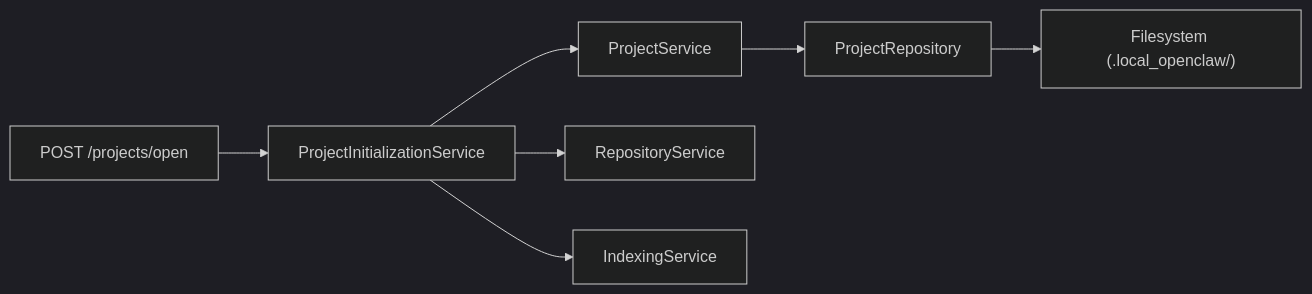
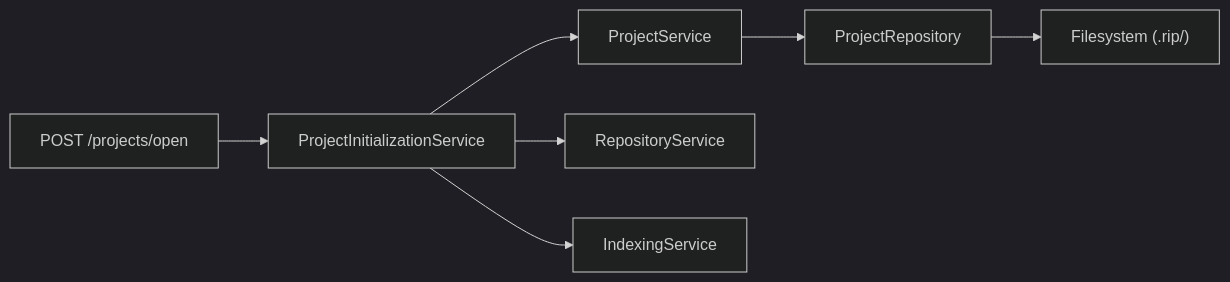
The first of 2 diagrams in docs/architecture/backend/project-management.md (Smit-whitespace/repository-intelligence-platform), drawn with Mermaid (dark theme) before and after one commit. The commit also changed other lines of this file and 24 other files, not shown here.

````diff
--- a/docs/architecture/backend/project-management.md
+++ b/docs/architecture/backend/project-management.md
@@ -44,9 +44,9 @@
 ```mermaid
 graph LR
     API["POST /projects/open"] --> PIS["ProjectInitializationService"]
     PIS --> PS["ProjectService"]
     PIS --> RS["RepositoryService"]
     PIS --> IS["IndexingService"]
     PS --> PR["ProjectRepository"]
-    PR --> FS["Filesystem (.local_openclaw/)"]
+    PR --> FS["Filesystem (.rip/)"]
 ```
````
